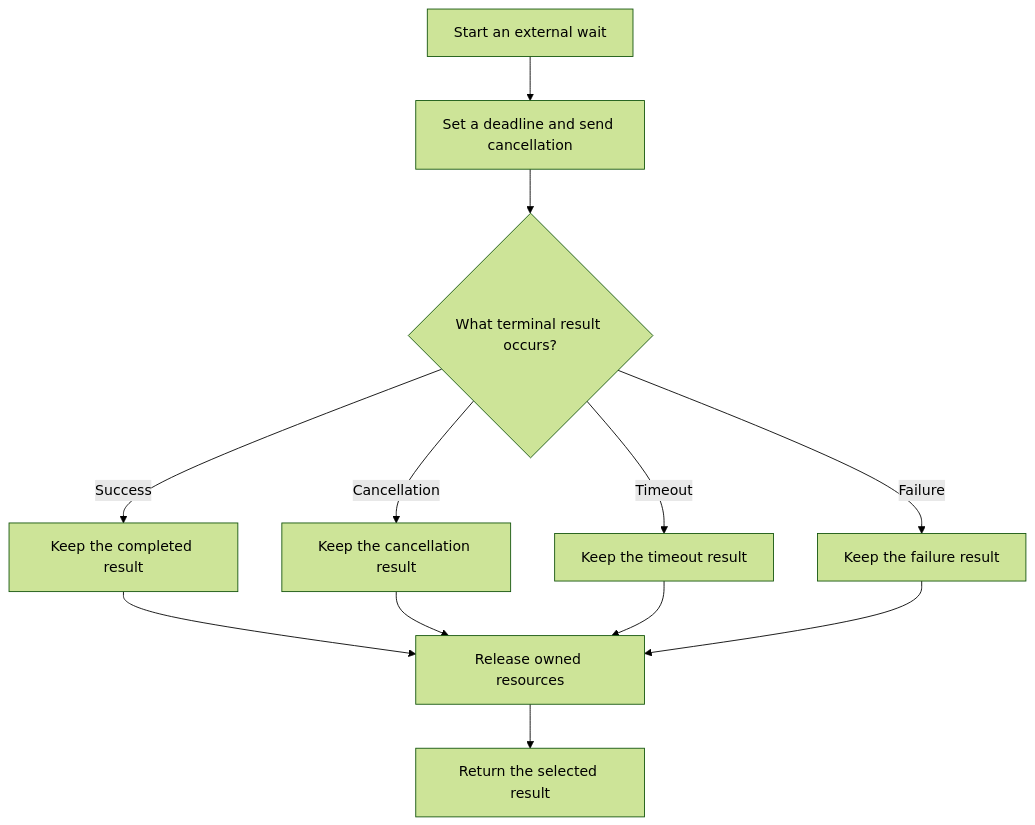
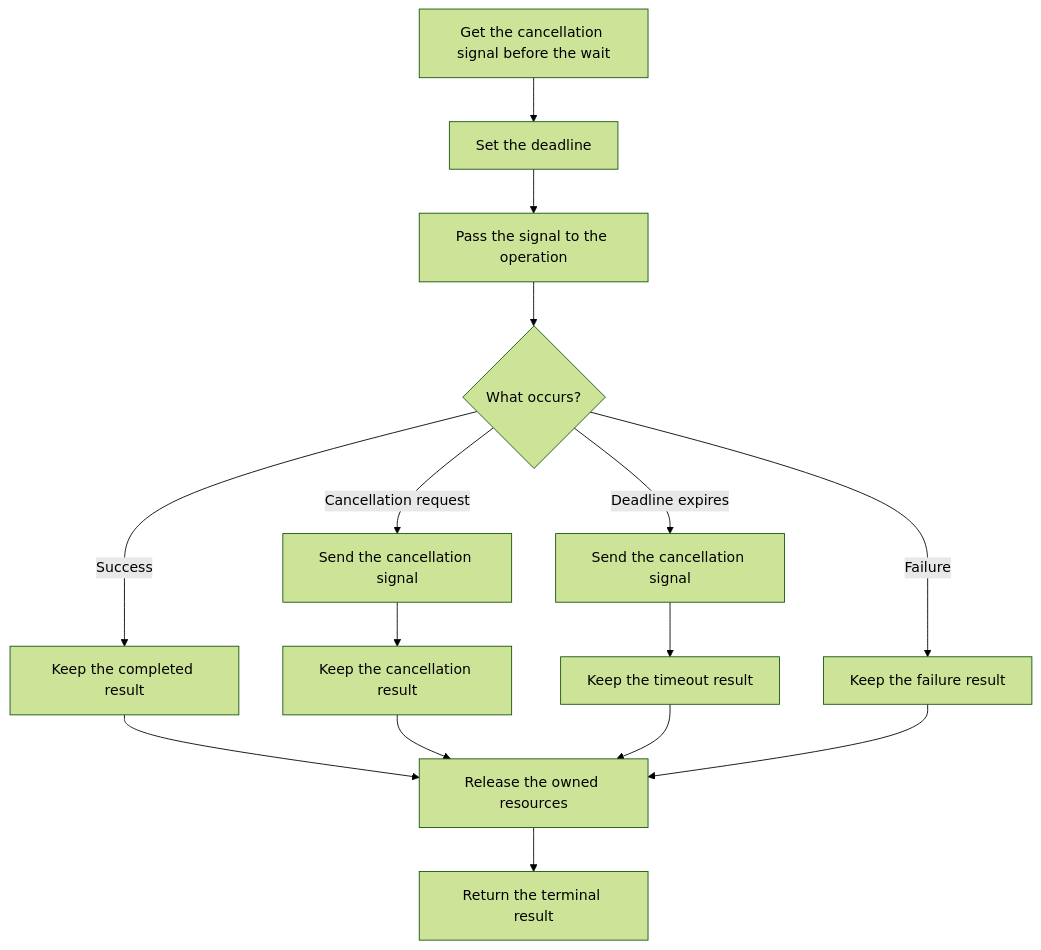
One commit to HomericIntelligence/Athena changed the diagram in docs/principles/details/p039-bounded-waiting.md. Above: the diagram before and after it, drawn with Mermaid (forest theme). The commit also changed 53 other files, not shown here.

````diff
--- a/docs/principles/details/p039-bounded-waiting.md
+++ b/docs/principles/details/p039-bounded-waiting.md
@@ -40,14 +40,17 @@
 ```mermaid
 flowchart TD
-    A["Start an external wait"] --> B["Set a deadline and send cancellation"]
-    B --> C{"What terminal result occurs?"}
-    C -- Success --> D["Keep the completed result"]
-    C -- Cancellation --> E["Keep the cancellation result"]
-    C -- Timeout --> F["Keep the timeout result"]
-    C -- Failure --> G["Keep the failure result"]
-    D --> H["Release owned resources"]
-    E --> H
-    F --> H
-    G --> H
-    H --> I["Return the selected result"]
+    A["Get the cancellation signal before the wait"] --> B["Set the deadline"]
+    B --> C["Pass the signal to the operation"]
+    C --> D{"What occurs?"}
+    D -- Success --> E["Keep the completed result"]
+    D -- "Cancellation request" --> F["Send the cancellation signal"]
+    F --> G["Keep the cancellation result"]
+    D -- "Deadline expires" --> H["Send the cancellation signal"]
+    H --> I["Keep the timeout result"]
+    D -- Failure --> J["Keep the failure result"]
+    E --> K["Release the owned resources"]
+    G --> K
+    I --> K
+    J --> K
+    K --> L["Return the terminal result"]
 ```
````
